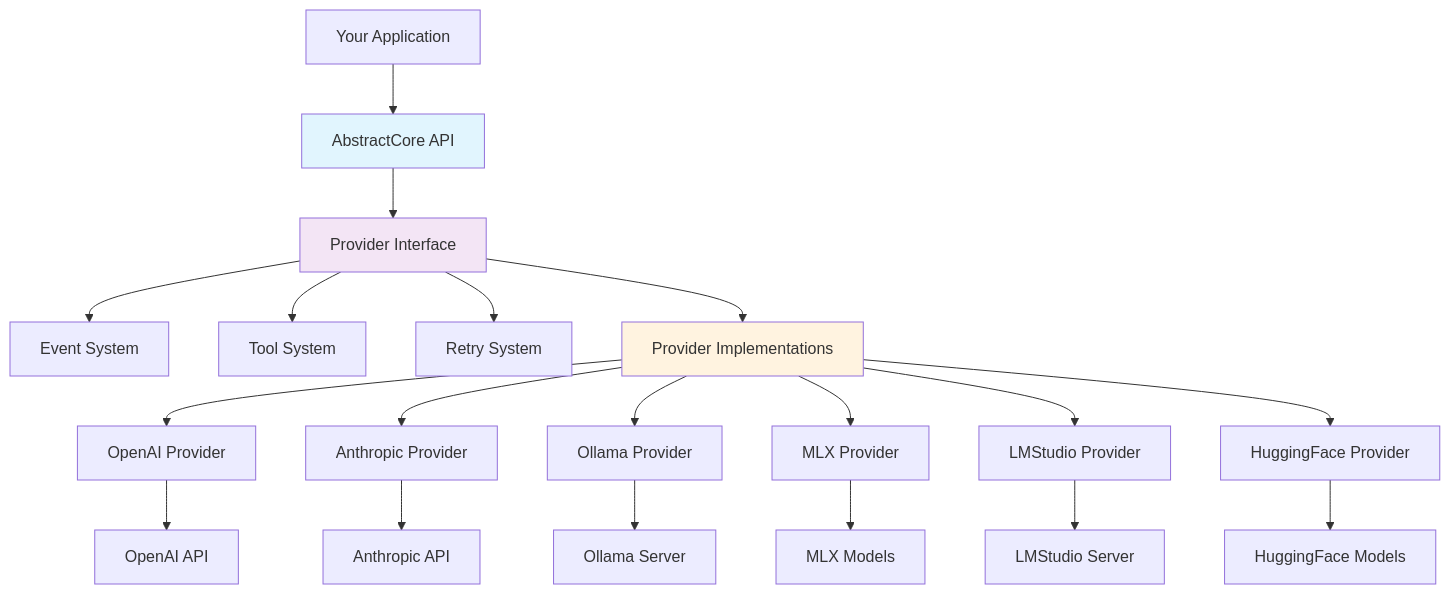
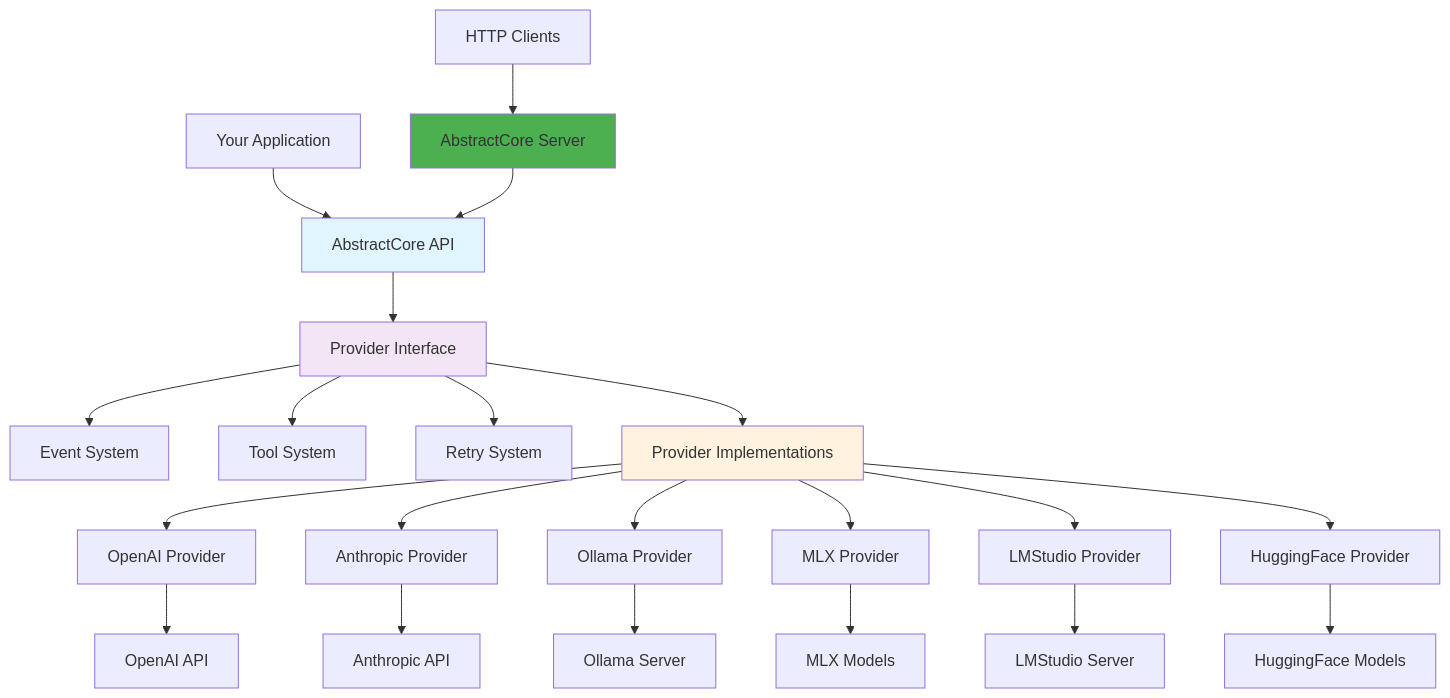
The first of 14 diagrams in docs/architecture.md (lpalbou/AbstractCore), drawn with Mermaid before and after one commit. The commit also changed other lines of this file and 48 other files, not shown here.

````diff
--- a/docs/architecture.md
+++ b/docs/architecture.md
@@ -7,27 +9,31 @@
 ```mermaid
 graph TD
     A[Your Application] --> B[AbstractCore API]
+    AA[HTTP Clients] --> BB[AbstractCore Server]
+    BB --> B
+    
     B --> C[Provider Interface]
     C --> D[Event System]
     C --> E[Tool System]
     C --> F[Retry System]
     C --> G[Provider Implementations]
 
     G --> H[OpenAI Provider]
     G --> I[Anthropic Provider]
     G --> J[Ollama Provider]
     G --> K[MLX Provider]
     G --> L[LMStudio Provider]
     G --> M[HuggingFace Provider]
 
     H --> N[OpenAI API]
     I --> O[Anthropic API]
     J --> P[Ollama Server]
     K --> Q[MLX Models]
     L --> R[LMStudio Server]
     M --> S[HuggingFace Models]
 
     style B fill:#e1f5fe
+    style BB fill:#4caf50
     style C fill:#f3e5f5
     style G fill:#fff3e0
 ```
````
